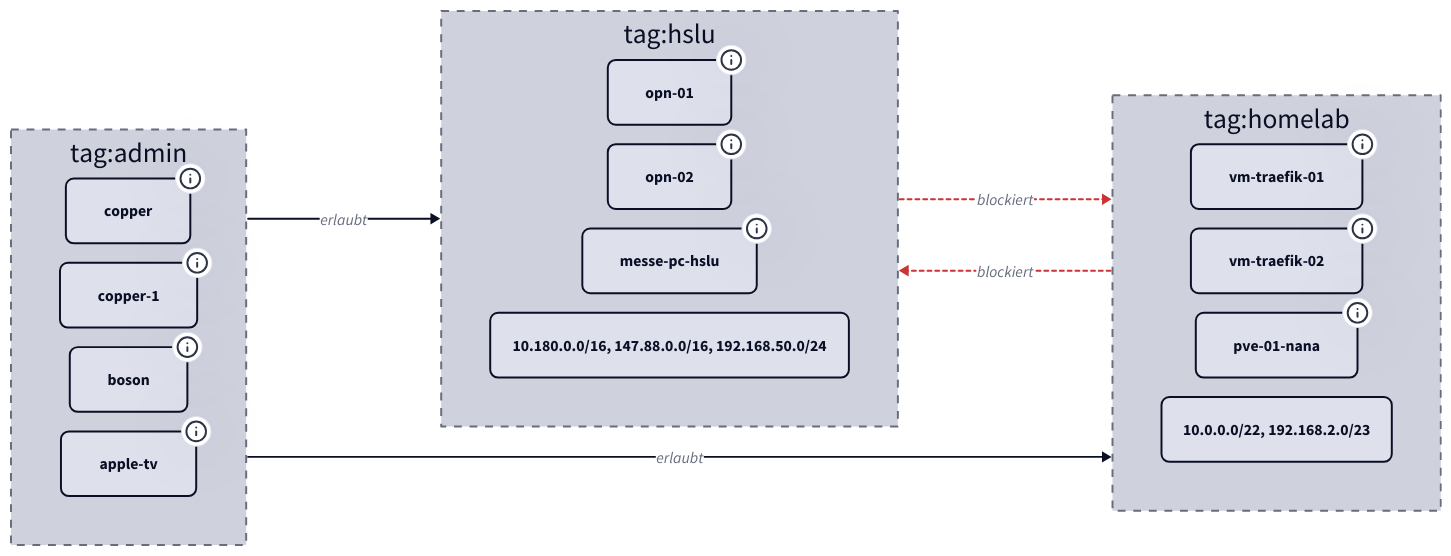
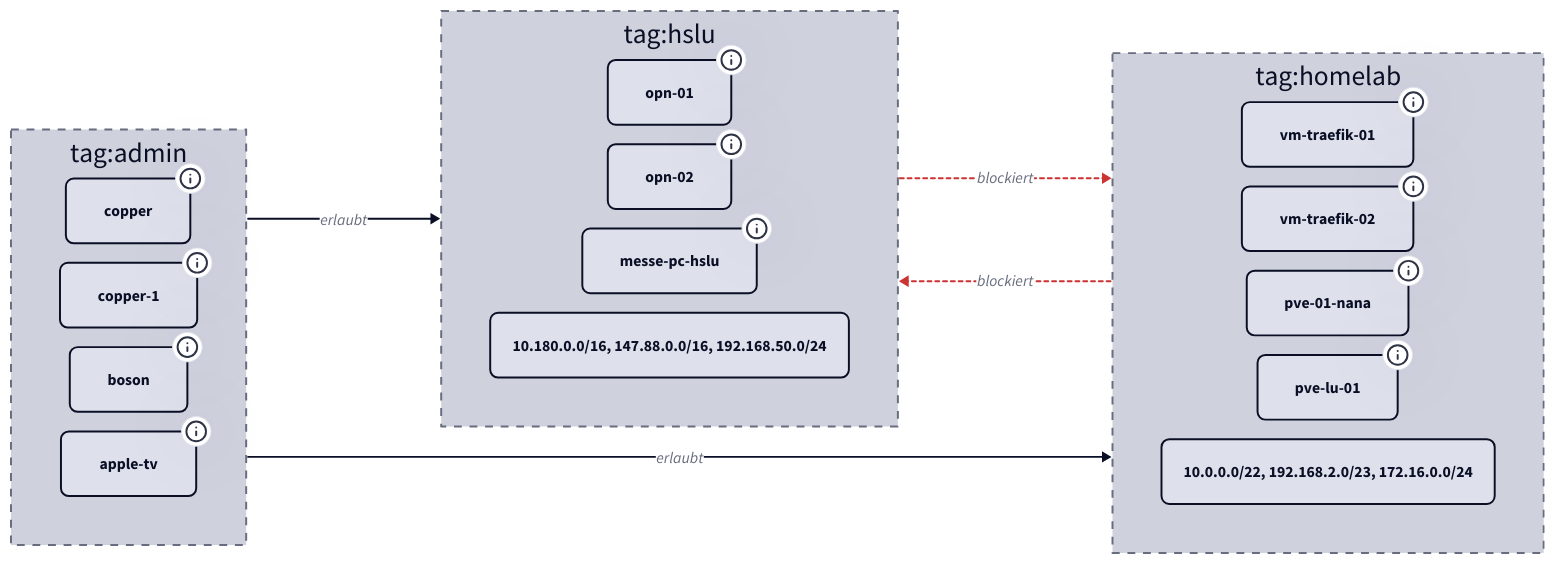
One commit to derever-labs/homelab-wiki changed the diagram in docs/netzwerk/tailscale.md. Above: the diagram before and after it, drawn with D2. The commit also changed other lines of this file and 9 other files, not shown here.

````diff
--- a/docs/netzwerk/tailscale.md
+++ b/docs/netzwerk/tailscale.md
@@ -23,55 +23,56 @@
 ```d2
 vars: {
   d2-config: {
     theme-id: 1
     layout-engine: elk
   }
 }
 direction: right
 
 classes: {
   cluster: {
     style.stroke-dash: 4
   }
   host: {
     style.border-radius: 8
   }
   blocked: {
     style.stroke: "#cc3333"
     style.stroke-dash: 2
   }
 }
 
 ADMIN: "tag:admin" {
   class: cluster
   COPPER: copper { class: host; tooltip: "macOS, 100.92.200.106" }
   COPPER1: copper-1 { class: host; tooltip: "macOS, 100.77.173.91" }
   BOSON: boson { class: host; tooltip: "iOS, 100.103.149.48" }
   ATV: apple-tv { class: host; tooltip: "tvOS, 100.106.104.34" }
 }
 
 HSLU: "tag:hslu" {
   class: cluster
   OPN1: opn-01 { class: host; tooltip: "FreeBSD, 100.113.244.85, Subnet-Router" }
   OPN2: opn-02 { class: host; tooltip: "FreeBSD, 100.110.151.3, Subnet-Router" }
   MESSE: messe-pc-hslu { class: host; tooltip: "Windows, 100.116.116.63" }
   HSLUNETS: "10.180.0.0/16, 147.88.0.0/16, 192.168.50.0/24" {
     class: host
   }
 }
 
 HOMELAB: "tag:homelab" {
   class: cluster
   TRF1: vm-traefik-01 { class: host; tooltip: "Linux, 100.101.37.122, Subnet-Router + Exit-Node" }
   TRF2: vm-traefik-02 { class: host; tooltip: "Linux, 100.91.238.106, Subnet-Router + Exit-Node" }
-  PVE: pve-01-nana { class: host; tooltip: "Linux, 100.81.116.122, externer Watchdog" }
-  HOMELABNETS: "10.0.0.0/22, 192.168.2.0/23" {
+  PVE: pve-01-nana { class: host; tooltip: "Linux, 100.81.116.122, Subnet-Router 192.168.2.0/23" }
+  PVELU: pve-lu-01 { class: host; tooltip: "Linux, 100.112.213.18, Subnet-Router 172.16.0.0/24" }
+  HOMELABNETS: "10.0.0.0/22, 192.168.2.0/23, 172.16.0.0/24" {
     class: host
   }
 }
 
 ADMIN -> HSLU: erlaubt
 ADMIN -> HOMELAB: erlaubt
 HSLU -> HOMELAB: blockiert { class: blocked }
 HOMELAB -> HSLU: blockiert { class: blocked }
 ```
````
